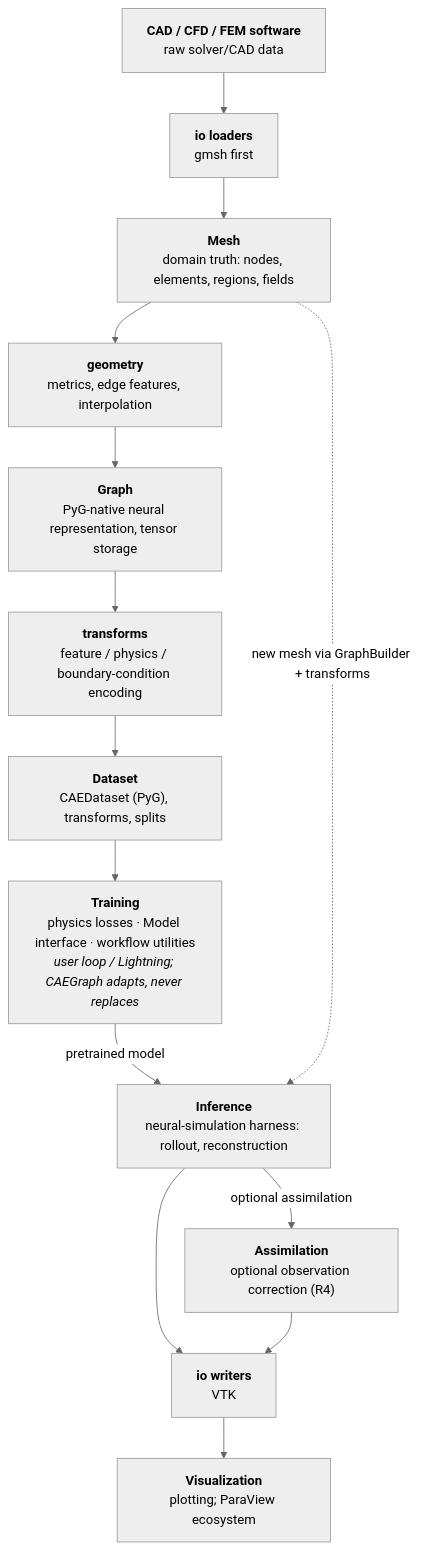
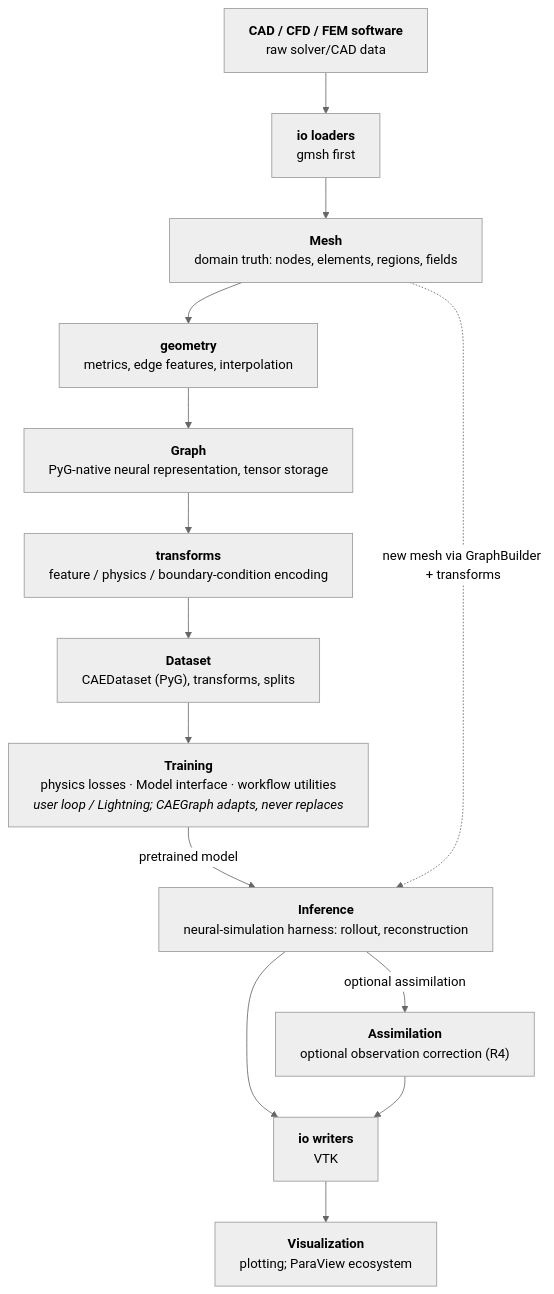
The second of 3 diagrams in architecture/ARCHITECTURE.md (XYChouMian/caegraph), drawn with Mermaid (neutral theme) before and after one commit. The commit also changed other lines of this file and 3 other files, not shown here.

Commit message:
docs(mermaid): prevent wrapping in long flows

````diff
--- a/architecture/ARCHITECTURE.md
+++ b/architecture/ARCHITECTURE.md
@@ -99,21 +103,25 @@
 ```mermaid
 flowchart TD
+    classDef nowrap white-space:nowrap
+
     A["<b>CAD / CFD / FEM software</b><br>raw solver/CAD data"]
     B["<b>io loaders</b><br>gmsh first"]
     C["<b>Mesh</b><br>domain truth: nodes, elements, regions, fields"]
     D["<b>geometry</b><br>metrics, edge features, interpolation"]
     E["<b>Graph</b><br>PyG-native neural representation, tensor storage"]
     F["<b>transforms</b><br>feature / physics / boundary-condition encoding"]
     G["<b>Dataset</b><br>CAEDataset (PyG), transforms, splits"]
     H["<b>Training</b><br>physics losses · Model interface · workflow utilities<br><i>user loop / Lightning; CAEGraph adapts, never replaces</i>"]
     I["<b>Inference</b><br>neural-simulation harness: rollout, reconstruction"]
     J["<b>Assimilation</b><br>optional observation correction (R4)"]
     K["<b>io writers</b><br>VTK"]
     L["<b>Visualization</b><br>plotting; ParaView ecosystem"]
 
     A --> B --> C --> D --> E --> F --> G --> H
     H -->|pretrained model| I
     C -.->|new mesh via GraphBuilder + transforms| I
     I --> K --> L
     I -->|optional assimilation| J --> K
+
+    class A,B,C,D,E,F,G,H,I,J,K,L nowrap
 ```
````
